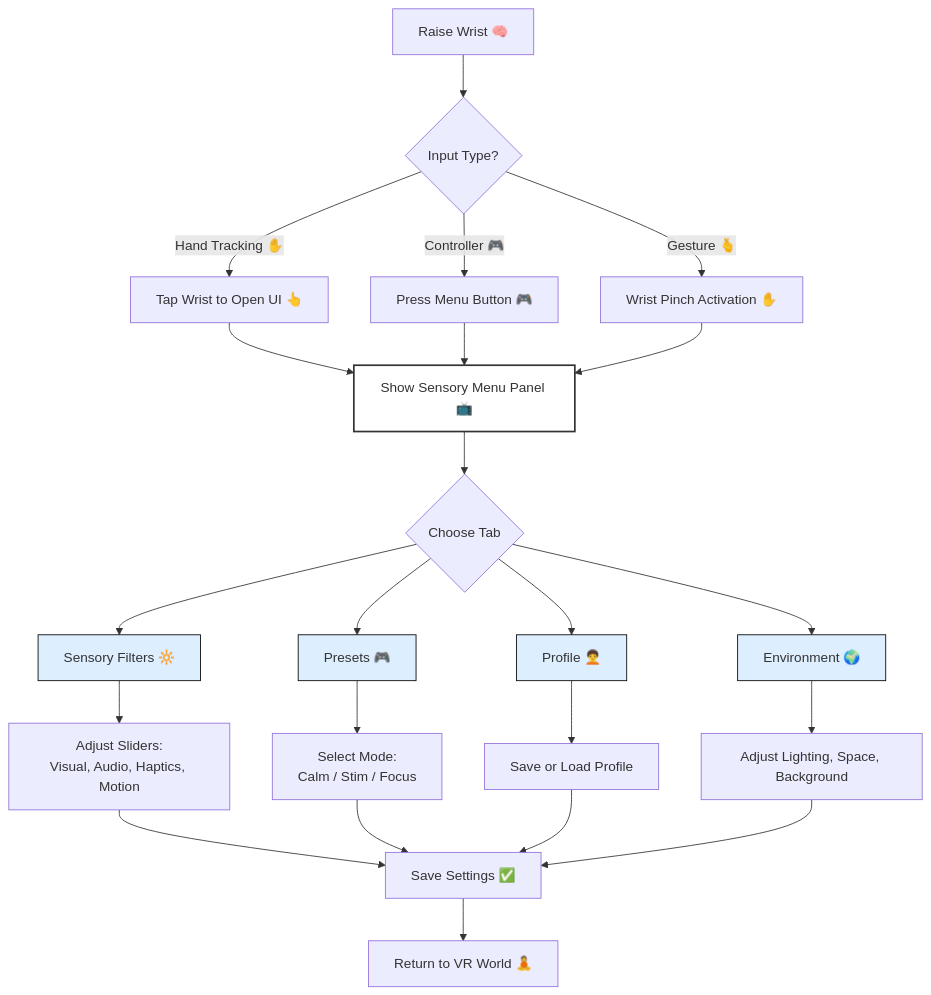
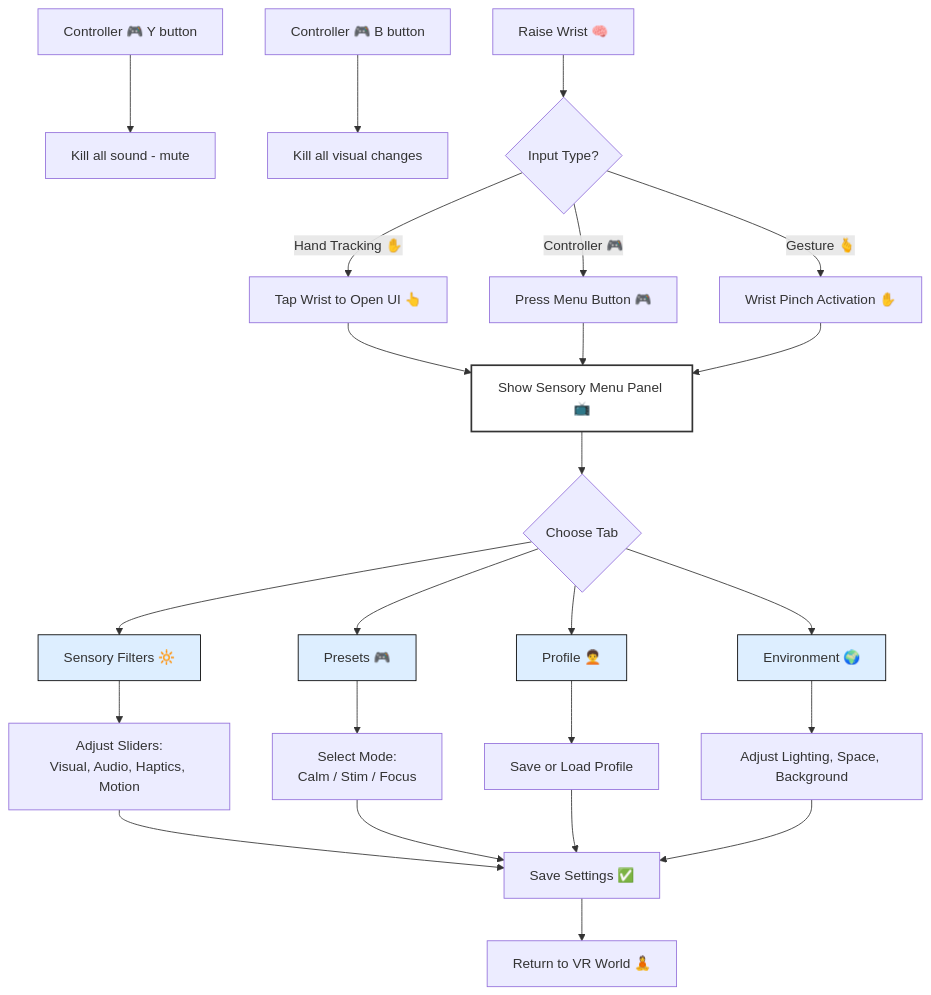
Before and after one commit to ZippyGorilla/NeuroverseG2: the first of 3 diagrams in README.md, drawn with Mermaid.

````diff
--- a/README.md
+++ b/README.md
@@ -14,37 +14,39 @@
 ```mermaid
 flowchart TD
+    A1[Controller 🎮 Y button] --> B1[Kill all sound - mute]
+    A2[Controller 🎮 B button] --> B2[Kill all visual changes]
     A[Raise Wrist 🧠] --> B{Input Type?}
 
     B -- "Hand Tracking ✋" --> C[Tap Wrist to Open UI 👆]
     B -- "Controller 🎮" --> D[Press Menu Button 🎮]
     B -- "Gesture 🫰" --> E[Wrist Pinch Activation ✋]
 
     C --> F[Show Sensory Menu Panel 📺]
     D --> F
     E --> F
 
     F --> G{Choose Tab}
     G --> G1[Sensory Filters 🔆]
     G --> G2[Presets 🎮]
     G --> G3[Profile 🧑‍🦱]
     G --> G4[Environment 🌍]
 
     G1 --> H1[Adjust Sliders:\nVisual, Audio, Haptics, Motion]
     G2 --> H2[Select Mode:\nCalm / Stim / Focus]
     G3 --> H3[Save or Load Profile]
     G4 --> H4[Adjust Lighting, Space, Background]
 
     H1 --> I[Save Settings ✅]
     H2 --> I
     H3 --> I
     H4 --> I
 
     I --> J[Return to VR World 🧘]
 
     %% Improved styling for accessibility
     style F fill:#ffffff,stroke:#333,stroke-width:2px
     style G1 fill:#ddeeff,stroke:#000,stroke-width:1px
     style G2 fill:#ddeeff,stroke:#000,stroke-width:1px
     style G3 fill:#ddeeff,stroke:#000,stroke-width:1px
     style G4 fill:#ddeeff,stroke:#000,stroke-width:1px
 ```
````
